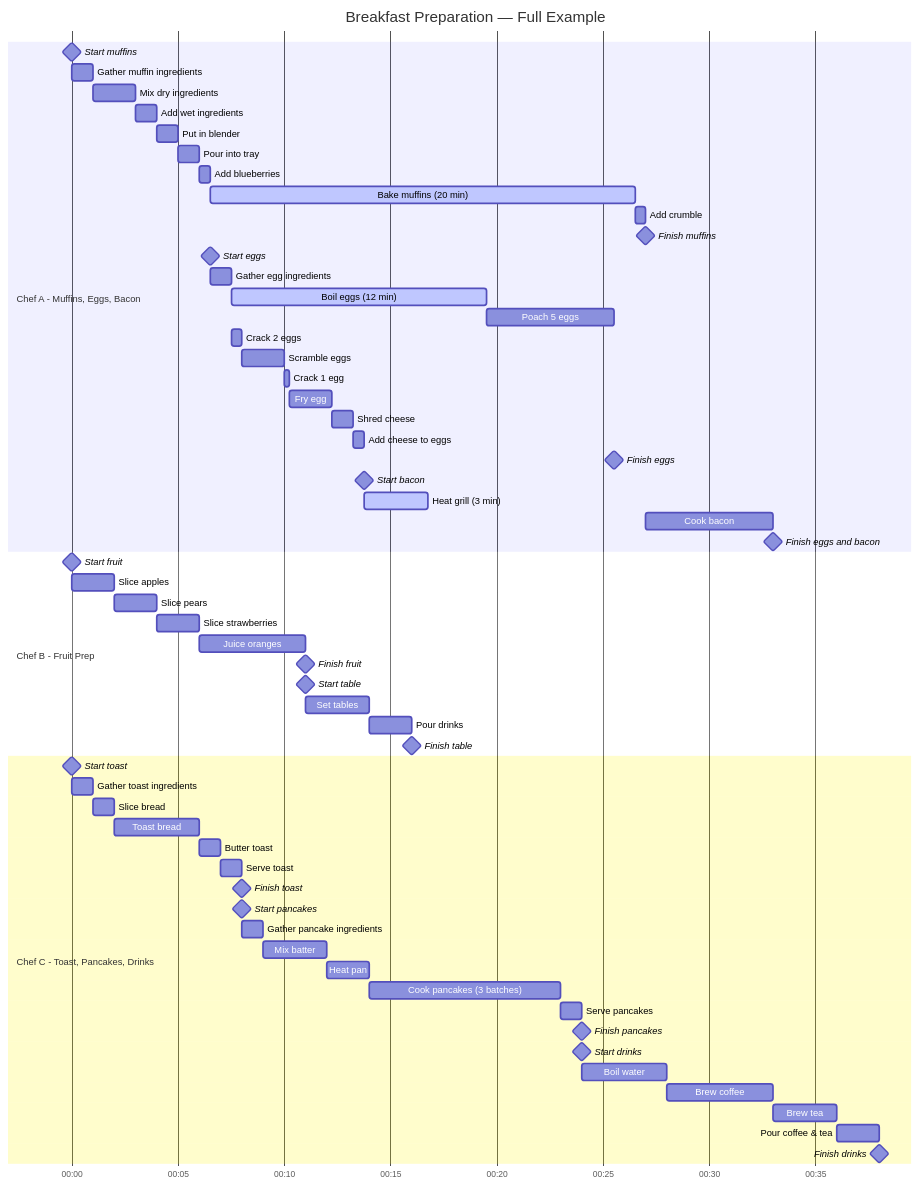
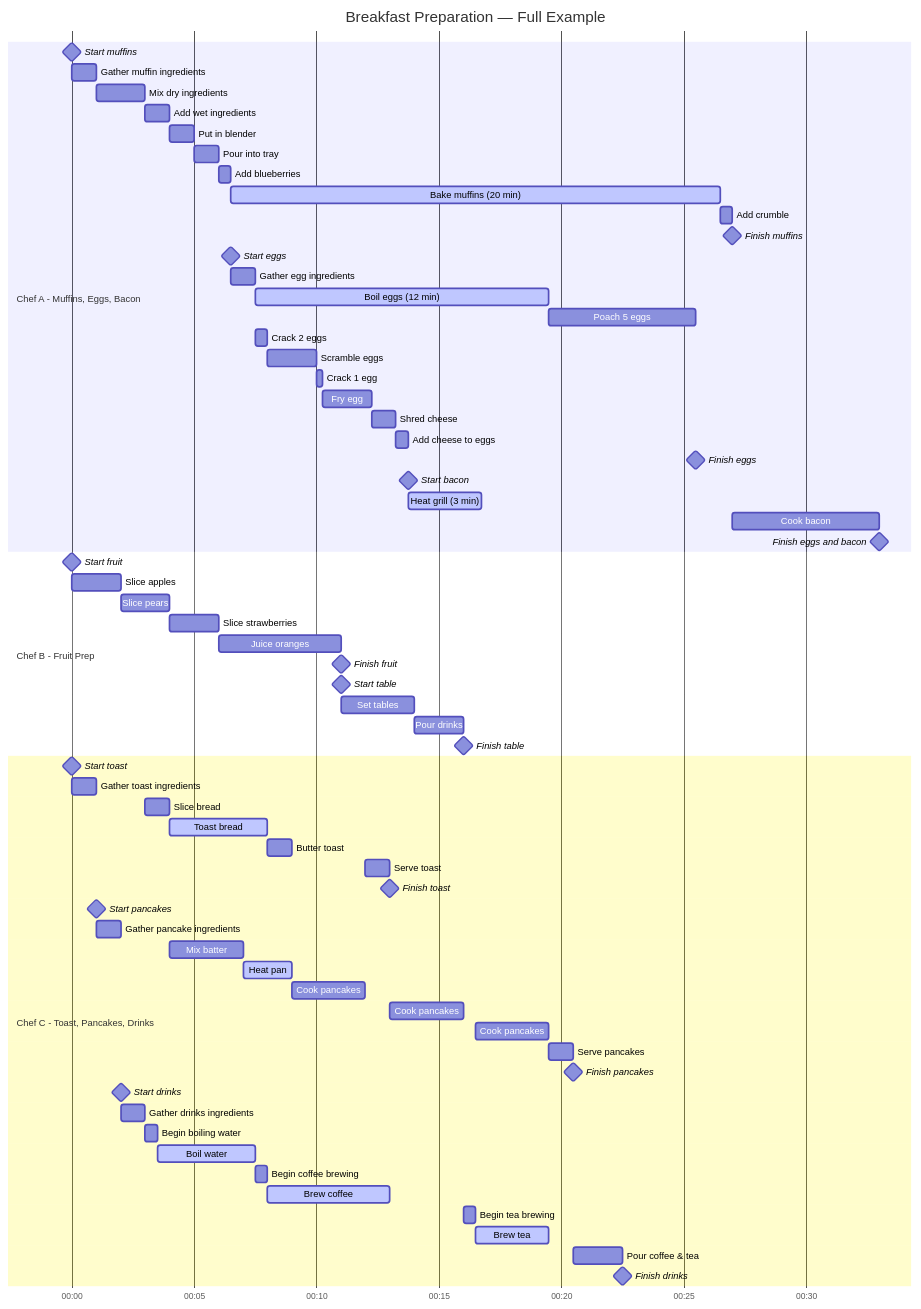
Before and after one commit to BYUHPC/sci-comp-course: the diagram in readings/concurrency-and-parallelism.md, drawn with Mermaid.

Commit message:
Cause Chef C to context switch frequently

````diff
--- a/readings/concurrency-and-parallelism.md
+++ b/readings/concurrency-and-parallelism.md
@@ -145,74 +145,80 @@
 ```mermaid
 gantt
 title Breakfast Preparation — Full Example
 dateFormat HH:mm
 axisFormat %H:%M
 tickInterval 5minute
 
 section Chef A - Muffins, Eggs, Bacon
 Start muffins              :milestone, a0, 00:00, 0
 Gather muffin ingredients  :a1, after a0, 1m
 Mix dry ingredients        :a2, after a1, 2m
 Add wet ingredients        :a3, after a2, 1m
 Put in blender             :a4, after a3, 1m
 Pour into tray             :a5, after a4, 1m
 Add blueberries            :a6, after a5, 30s
 Bake muffins (20 min)      :active, a9, after a6, 20m
 Add crumble                :a7, after a9, 30s
 Finish muffins             :milestone, a23, after a7, 0m
 
 Start eggs                 :milestone, a11, after a6, 0m
 Gather egg ingredients     :a10, after a11, 1m
 Boil eggs (12 min)         :active, a12, after a10, 12m
 Poach 5 eggs               :a20, after a12, 6m
 Crack 2 eggs               :a14, after a10, 30s
 Scramble eggs              :a15, after a14, 2m
 Crack 1 egg                :a16, after a15, 15s
 Fry egg                    :a17, after a16, 2m
 Shred cheese               :a18, after a17, 1m
 Add cheese to eggs         :a19, after a18, 30s
 Finish eggs                :milestone, a24, after a20, 0m
 
 Start bacon                :milestone, a25, after a19, 0m
 Heat grill (3 min)         :active, a13, after a25, 3m
 Cook bacon                 :a21, after a23, 6m
 Finish eggs and bacon      :milestone, a22, after a21, 0m
 
 
 section Chef B - Fruit Prep
 Start fruit                :milestone, b0, 00:00, 0m
 Slice apples               :b1, after b0, 2m
 Slice pears                :b2, after b1, 2m
 Slice strawberries         :b3, after b2, 2m
 Juice oranges              :b4, after b3, 5m
 Finish fruit               :milestone, b7, after b4, 0m
 
 Start table                :milestone, b8, after b7, 0m
 Set tables                 :b5, after b4, 3m
 Pour drinks                :b6, after b5, 2m
 Finish table               :milestone, b8, after b6, 0m
 
 section Chef C - Toast, Pancakes, Drinks
 Start toast                :milestone, c0, 00:00, 0m
 Gather toast ingredients   :c1, after c0, 1m
-Slice bread                :c2, after c1, 1m
-Toast bread                :c3, after c2, 4m
+Slice bread                :c2, after c20, 1m
+Toast bread                :active, c3, after c2, 4m
 Butter toast               :c4, after c3, 1m
-Serve toast                :c5, after c4, 1m
+Serve toast                :c5, after c9, 1m
 Finish toast               :milestone, c16, after c5, 0m
 
-Start pancakes             :milestone, c17, after c16, 0m
+Start pancakes             :milestone, c17, after c1, 0m
 Gather pancake ingredients :c6, after c17, 1m
-Mix batter                 :c7, after c6, 3m
-Heat pan                   :c8, after c7, 2m
-Cook pancakes (3 batches)  :c9, after c8, 9m
-Serve pancakes             :c10, after c9, 1m
+Mix batter                 :c7, after c2, 3m
+Heat pan                   :active, c8, after c7, 2m
+Cook pancakes              :c9, after c8, 3m
+Cook pancakes              :c21, after c5, 3m
+Cook pancakes              :c22, after c25, 3m
+Serve pancakes             :c10, after c22, 1m
 Finish pancakes            :milestone, c18, after c10, 0m
 
-Start drinks               :milestone, c19, after c18, 0m
-Boil water                 :c11, after c10, 4m
-Brew coffee                :c12, after c11, 5m
-Brew tea                   :c13, after c12, 3m
-Pour coffee & tea          :c14, after c13, 2m
+Start drinks               :milestone, c19, after c6, 0m
+Gather drinks ingredients  :c20, after c19, 1m
+Begin boiling water        :c23, after c20, 30s
+Boil water                 :active, c11, after c23, 4m
+Begin coffee brewing       :c24, after c11, 30s
+Brew coffee                :active, c12, after c24, 5m
+Begin tea brewing          :c25, after c21, 30s
+Brew tea                   :active, c13, after c25, 3m
+Pour coffee & tea          :c14, after c18, 2m
 Finish drinks              :milestone, c15, after c14, 0m
 ```
````
